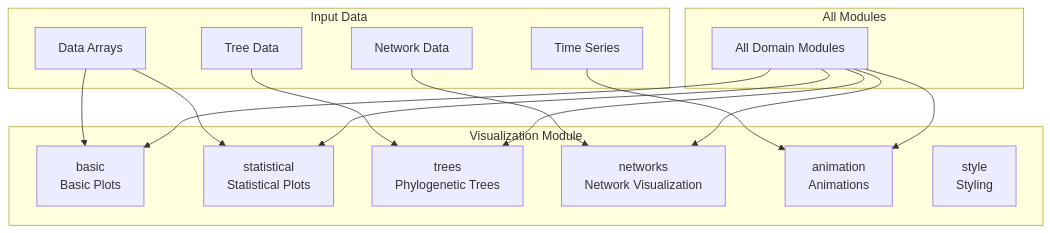
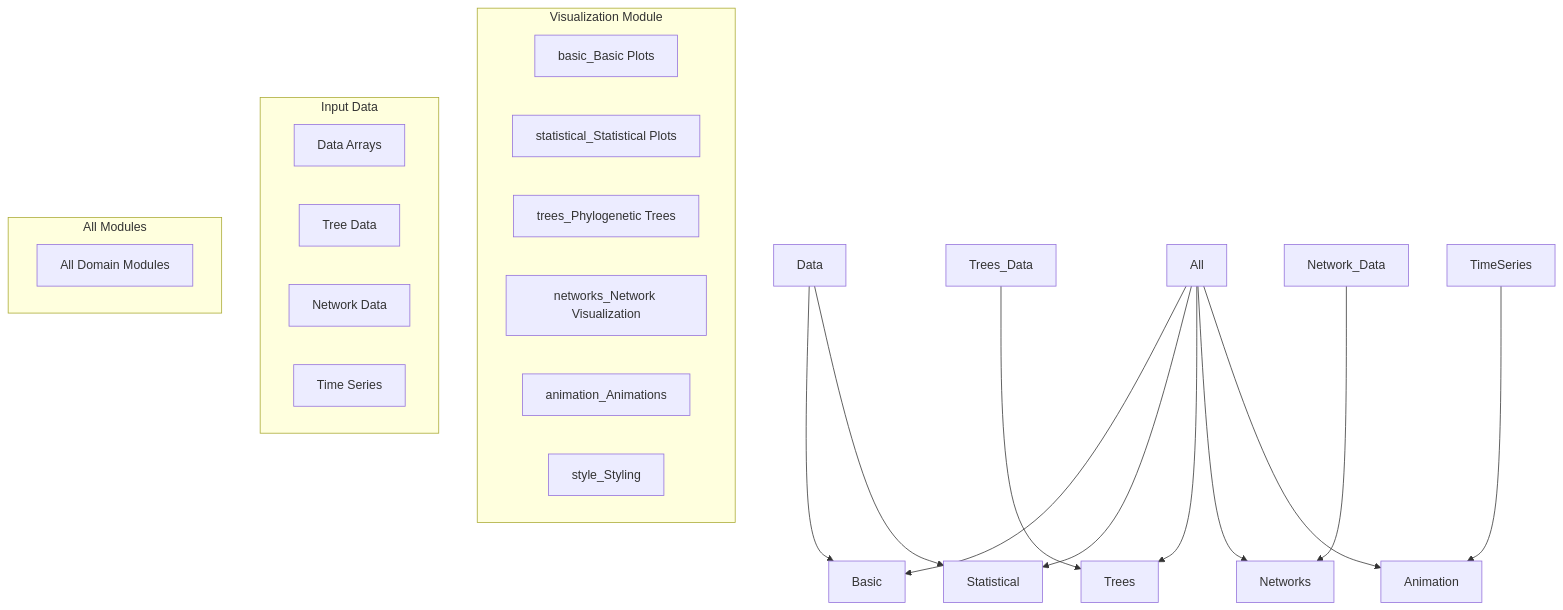
The first of 7 diagrams in src/metainformant/visualization/README.md (docxology/MetaInformAnt), drawn with Mermaid before and after one commit. The commit also changed other lines of this file and 611 other files, not shown here.

````diff
--- a/src/metainformant/visualization/README.md
+++ b/src/metainformant/visualization/README.md
@@ -11,33 +11,33 @@
 ```mermaid
 graph TB
     subgraph "Visualization Module"
-        Basic[basic<br/>Basic Plots]
-        Statistical[statistical<br/>Statistical Plots]
-        Trees[trees<br/>Phylogenetic Trees]
-        Networks[networks<br/>Network Visualization]
-        Animation[animation<br/>Animations]
-        Style[style<br/>Styling]
+        BasicbasicBasicPlots[basic_Basic Plots]
+        StatisticalstatisticalStatisticalPlots[statistical_Statistical Plots]
+        TreestreesPhylogeneticTrees[trees_Phylogenetic Trees]
+        NetworksnetworksNetworkVisualization[networks_Network Visualization]
+        AnimationanimationAnimations[animation_Animations]
+        StylestyleStyling[style_Styling]
     end
     
     subgraph "Input Data"
-        Data[Data Arrays]
-        Trees_Data[Tree Data]
-        Network_Data[Network Data]
-        TimeSeries[Time Series]
+        DatadataArrays[Data Arrays]
+        treeDatatreeData[Tree Data]
+        networkDatanetworkData[Network Data]
+        TimeSeriestimeSeries[Time Series]
     end
     
     subgraph "All Modules"
-        All[All Domain Modules]
+        AllallDomainModules[All Domain Modules]
     end
     
     Data --> Basic
     Data --> Statistical
     Trees_Data --> Trees
     Network_Data --> Networks
     TimeSeries --> Animation
     All --> Basic
     All --> Statistical
     All --> Trees
     All --> Networks
     All --> Animation
 ```
````
